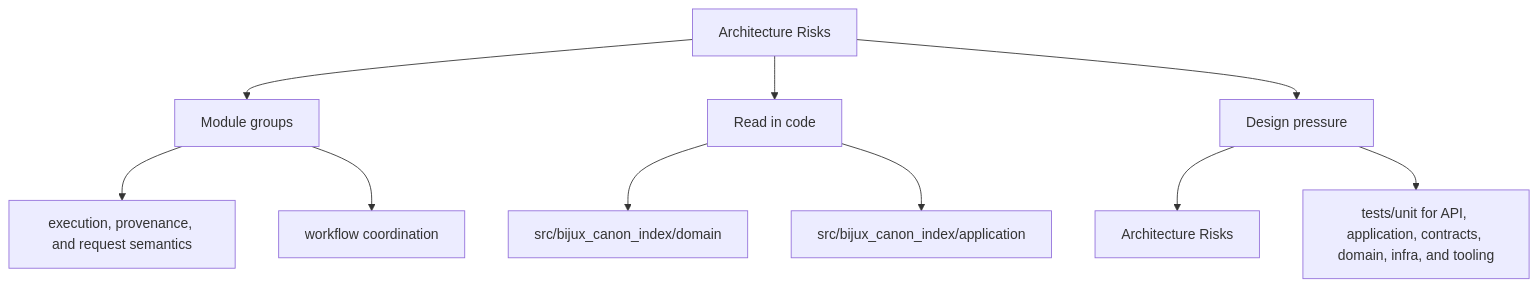
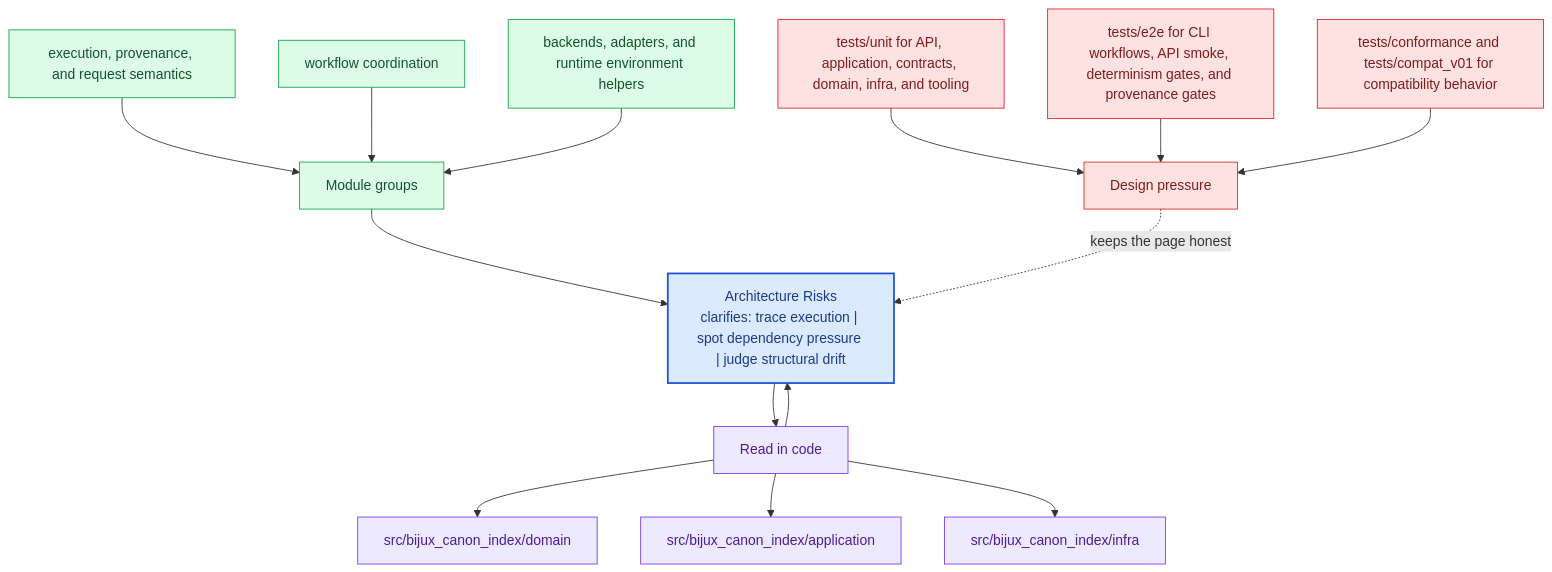
The second of 2 diagrams in docs/bijux-canon-index/architecture/architecture-risks.md (bijux/bijux-canon), drawn with Mermaid before and after one commit. The commit also changed other lines of this file and 281 other files, not shown here.

Commit message:
docs(diagrams): deepen handbook mermaid maps across the catalog

````diff
--- a/docs/bijux-canon-index/architecture/architecture-risks.md
+++ b/docs/bijux-canon-index/architecture/architecture-risks.md
@@ -34,22 +67,40 @@
 ```mermaid
-flowchart TD
-    page["Architecture Risks"]
+flowchart TB
+    promise["Architecture Risks<br/>clarifies: trace execution | spot dependency pressure | judge structural drift"]
+    classDef promise fill:#dbeafe,stroke:#1d4ed8,color:#1e3a8a,stroke-width:2px;
+    classDef driver fill:#dcfce7,stroke:#16a34a,color:#14532d;
+    classDef constraint fill:#fee2e2,stroke:#dc2626,color:#7f1d1d;
+    classDef ground fill:#ede9fe,stroke:#7c3aed,color:#4c1d95;
     focus1["Module groups"]
-    page --> focus1
+    focus1 --> promise
     focus1_1["execution, provenance, and request semantics"]
-    focus1 --> focus1_1
+    focus1_1 --> focus1
     focus1_2["workflow coordination"]
-    focus1 --> focus1_2
+    focus1_2 --> focus1
+    focus1_3["backends, adapters, and runtime environment helpers"]
+    focus1_3 --> focus1
+    class focus1 driver;
+    class focus1_1,focus1_2,focus1_3 driver;
     focus2["Read in code"]
-    page --> focus2
+    focus2 --> promise
+    promise --> focus2
     focus2_1["src/bijux_canon_index/domain"]
     focus2 --> focus2_1
     focus2_2["src/bijux_canon_index/application"]
     focus2 --> focus2_2
+    focus2_3["src/bijux_canon_index/infra"]
+    focus2 --> focus2_3
+    class focus2 ground;
+    class focus2_1,focus2_2,focus2_3 ground;
     focus3["Design pressure"]
-    page --> focus3
-    focus3_1["Architecture Risks"]
-    focus3 --> focus3_1
-    focus3_2["tests/unit for API, application, contracts, domain, infra, and tooling"]
-    focus3 --> focus3_2
+    focus3 -.keeps the page honest.-> promise
+    focus3_1["tests/unit for API, application, contracts, domain, infra, and tooling"]
+    focus3_1 --> focus3
+    focus3_2["tests/e2e for CLI workflows, API smoke, determinism gates, and provenance gates"]
+    focus3_2 --> focus3
+    focus3_3["tests/conformance and tests/compat_v01 for compatibility behavior"]
+    focus3_3 --> focus3
+    class focus3 constraint;
+    class focus3_1,focus3_2,focus3_3 constraint;
+    class promise promise;
 ```
````
